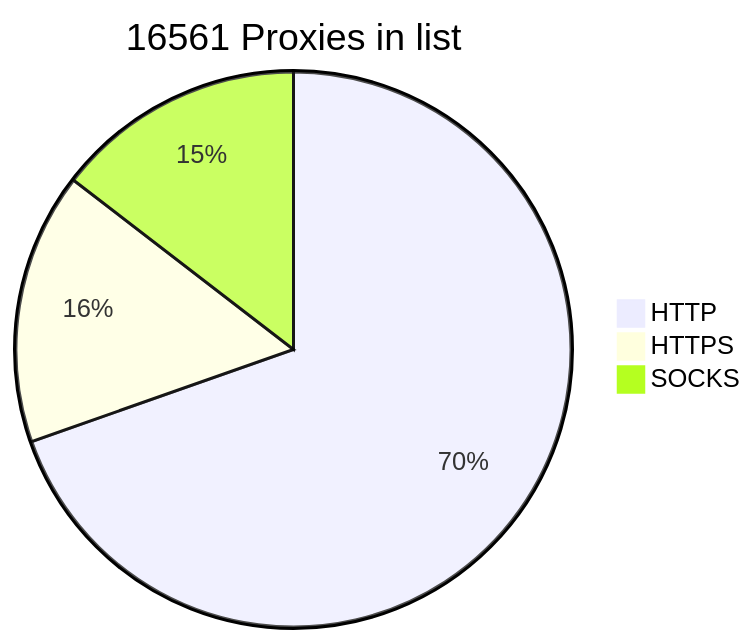
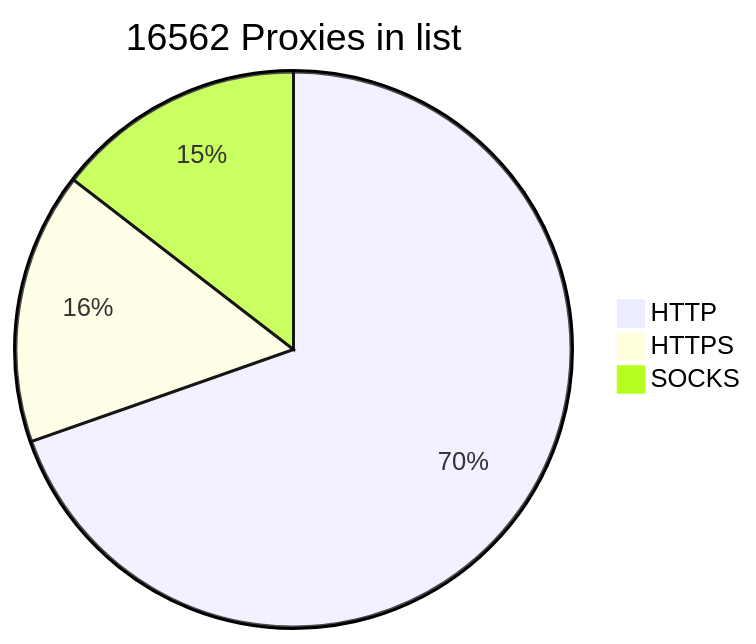
The diagram in README.md (BlackSnowDot/proxylist-update-every-minute), drawn with Mermaid before and after one commit.

````diff
--- a/README.md
+++ b/README.md
@@ -2,6 +2,6 @@
 ```mermaid
-pie title 16561 Proxies in list
-    "HTTP" : 12395
-    "HTTPS": 2817
+pie title 16562 Proxies in list
+    "HTTP" : 12408
+    "HTTPS": 2820
     "SOCKS" : 2592
 ```
````
